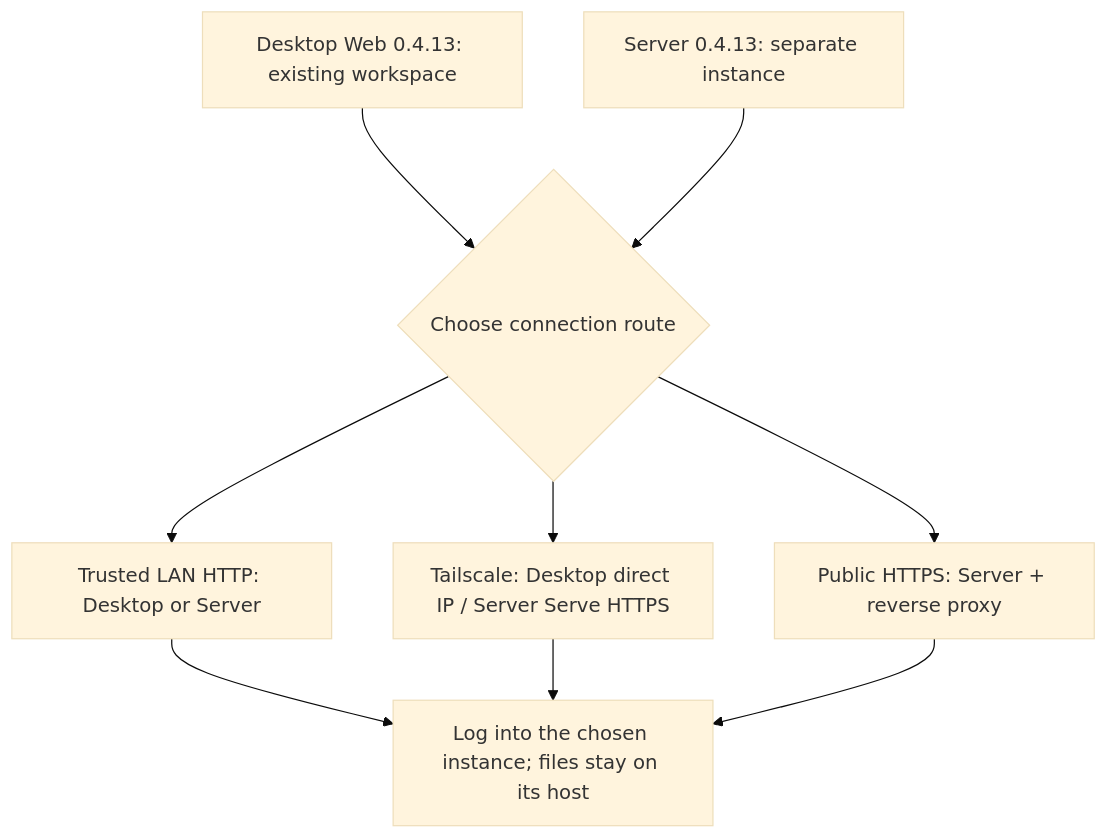
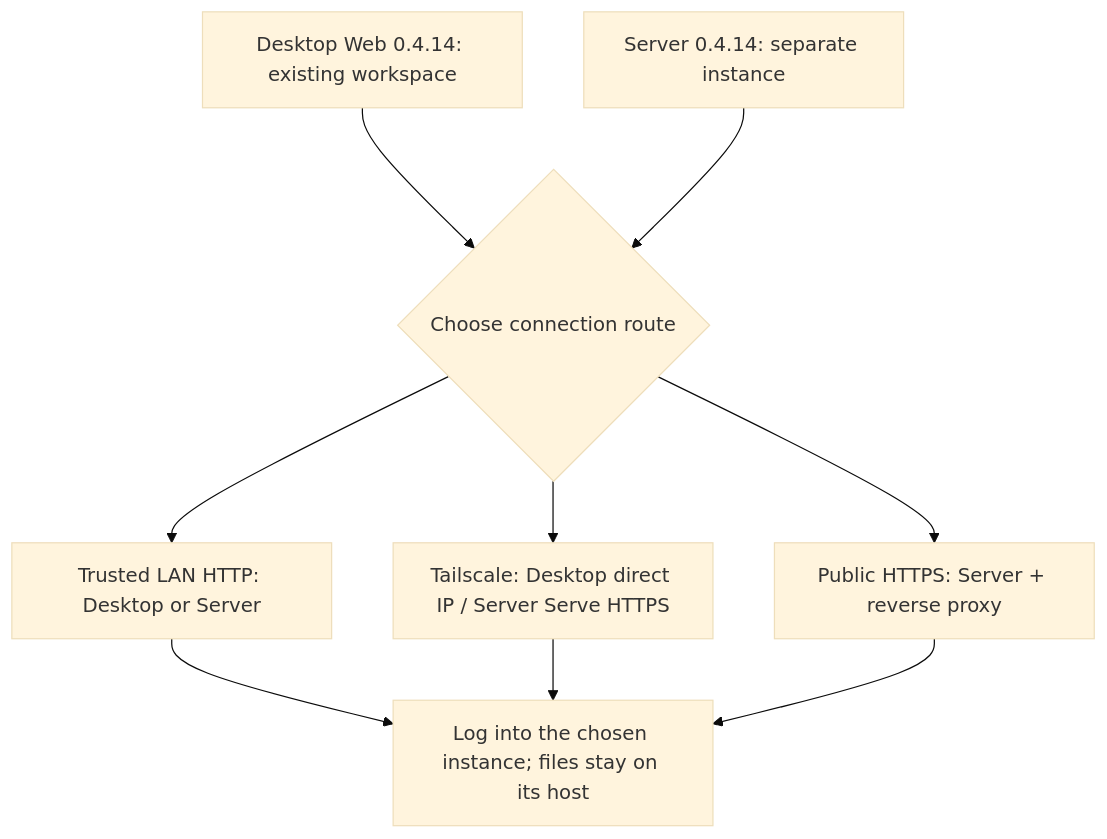
One commit to 123eyu/rovai-ai changed the diagram in website/site/public/assets/diagrams/deployment-choice-en.mmd. Above: the diagram before and after it, drawn with Mermaid (base theme). The commit also changed 11 other files, not shown here.

```diff
--- a/website/site/public/assets/diagrams/deployment-choice-en.mmd
+++ b/website/site/public/assets/diagrams/deployment-choice-en.mmd
@@ -1,12 +1,12 @@
 flowchart TB
-  desktop["Desktop Web 0.4.13: existing workspace"]
-  server["Server 0.4.13: separate instance"]
+  desktop["Desktop Web 0.4.14: existing workspace"]
+  server["Server 0.4.14: separate instance"]
   choice{"Choose connection route"}
   desktop --> choice
   server --> choice
   choice --> lan["Trusted LAN HTTP: Desktop or Server"]
   choice --> ts["Tailscale: Desktop direct IP / Server Serve HTTPS"]
   choice --> public["Public HTTPS: Server + reverse proxy"]
   lan --> login["Log into the chosen instance; files stay on its host"]
   ts --> login
   public --> login
```
